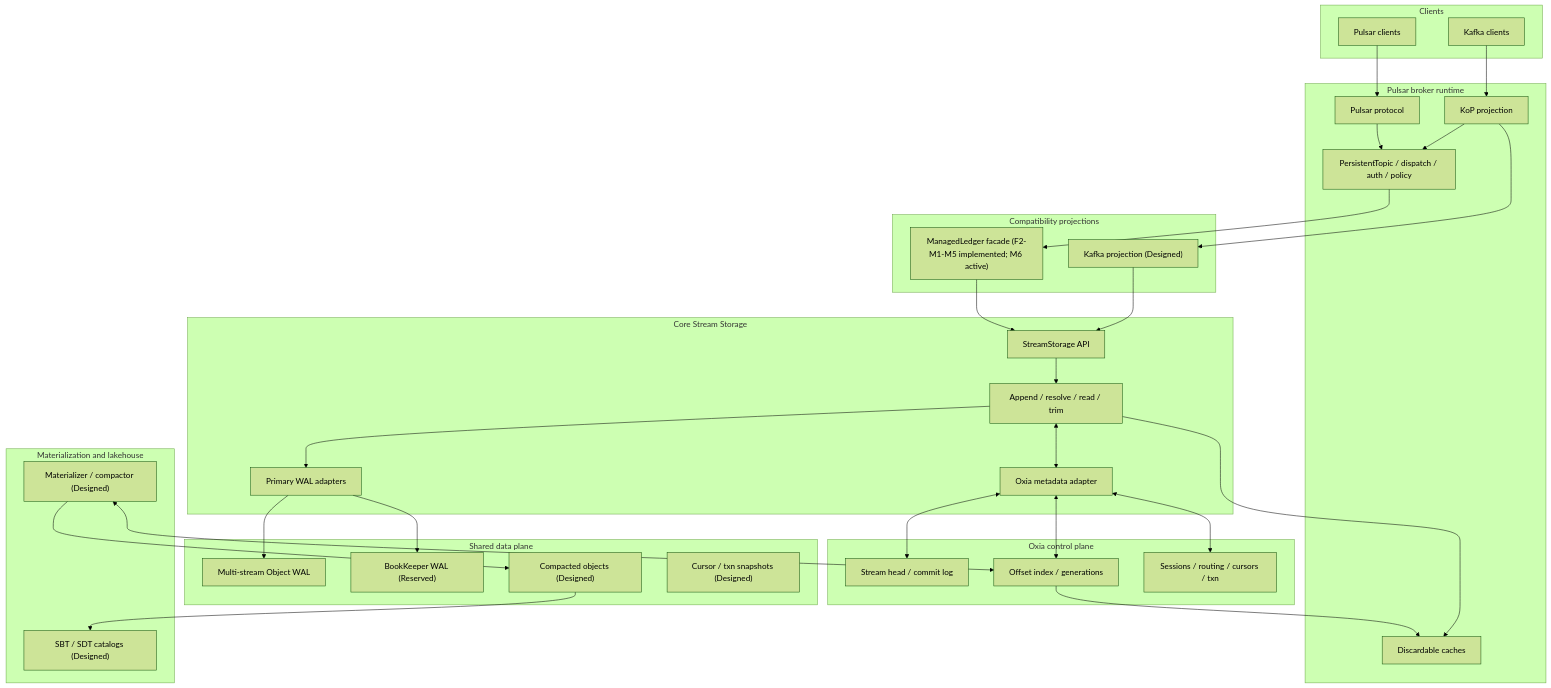
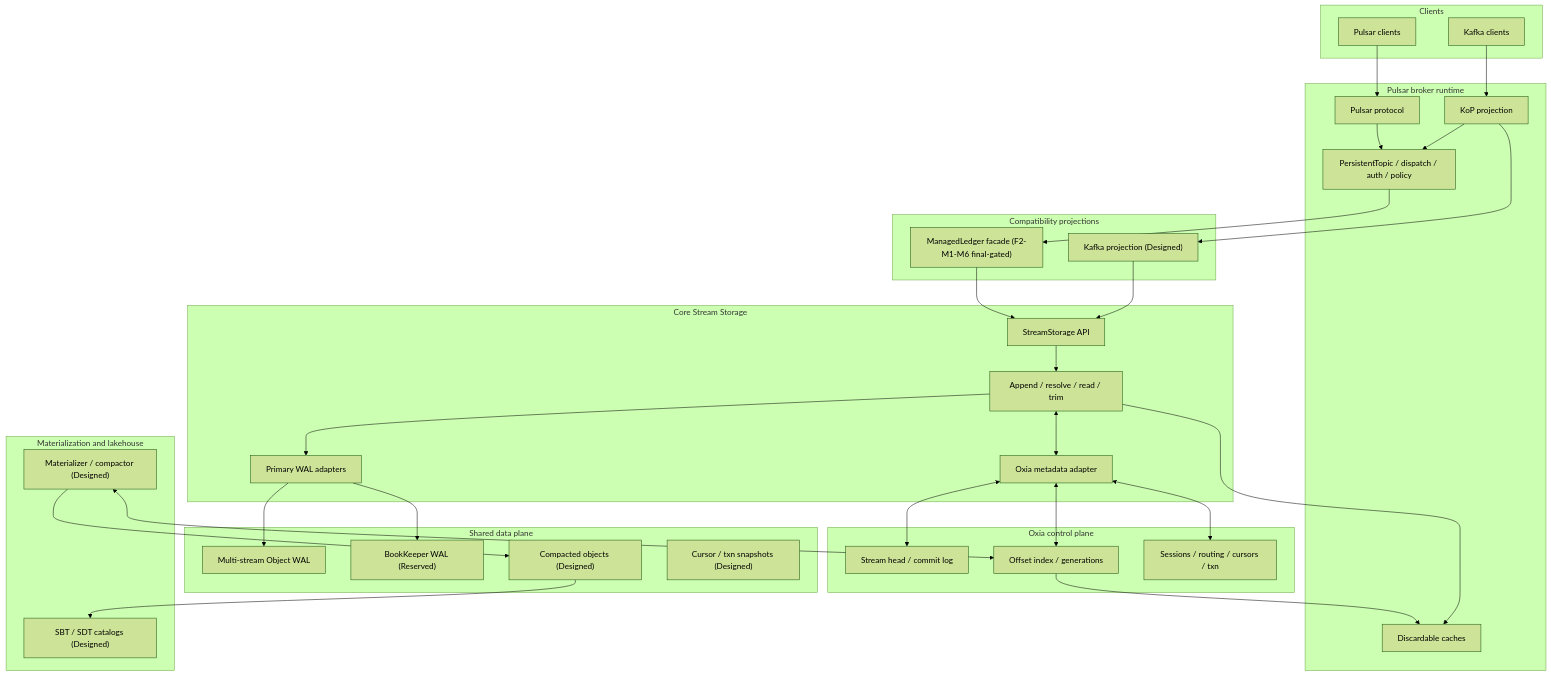
One commit to nereusstream/nereus changed the first of 2 diagrams in docs/design/nereus-overall-architecture.md. Above: the diagram before and after it, drawn with Mermaid (forest theme). The commit also changed other lines of this file and 13 other files, not shown here.

````diff
--- a/docs/design/nereus-overall-architecture.md
+++ b/docs/design/nereus-overall-architecture.md
@@ -201,56 +203,56 @@
 ```mermaid
 flowchart TB
     subgraph Clients["Clients"]
         PC["Pulsar clients"]
         KC["Kafka clients"]
     end
     subgraph Broker["Pulsar broker runtime"]
         PP["Pulsar protocol"]
         KoP["KoP projection"]
         Runtime["PersistentTopic / dispatch / auth / policy"]
         Cache["Discardable caches"]
     end
     subgraph Adapters["Compatibility projections"]
-        MLF["ManagedLedger facade (F2-M1-M5 implemented; M6 active)"]
+        MLF["ManagedLedger facade (F2-M1-M6 final-gated)"]
         KAF["Kafka projection (Designed)"]
     end
     subgraph L0["Core Stream Storage"]
         API["StreamStorage API"]
         Core["Append / resolve / read / trim"]
         Meta["Oxia metadata adapter"]
         Wal["Primary WAL adapters"]
     end
     subgraph Data["Shared data plane"]
         OW["Multi-stream Object WAL"]
         BK["BookKeeper WAL (Reserved)"]
         CO["Compacted objects (Designed)"]
         Snap["Cursor / txn snapshots (Designed)"]
     end
     subgraph Control["Oxia control plane"]
         Head["Stream head / commit log"]
         Index["Offset index / generations"]
         Coord["Sessions / routing / cursors / txn"]
     end
     subgraph L3["Materialization and lakehouse"]
         Mat["Materializer / compactor (Designed)"]
         Cat["SBT / SDT catalogs (Designed)"]
     end
 
     PC --> PP --> Runtime
     KC --> KoP --> Runtime
     Runtime --> MLF --> API
     KoP --> KAF --> API
     API --> Core
     Core <--> Meta
     Core --> Wal
     Meta <--> Head
     Meta <--> Index
     Meta <--> Coord
     Wal --> OW
     Wal --> BK
     Index --> Cache
     Mat --> CO
     Mat <--> Index
     CO --> Cat
     Core --> Cache
 ```
````
